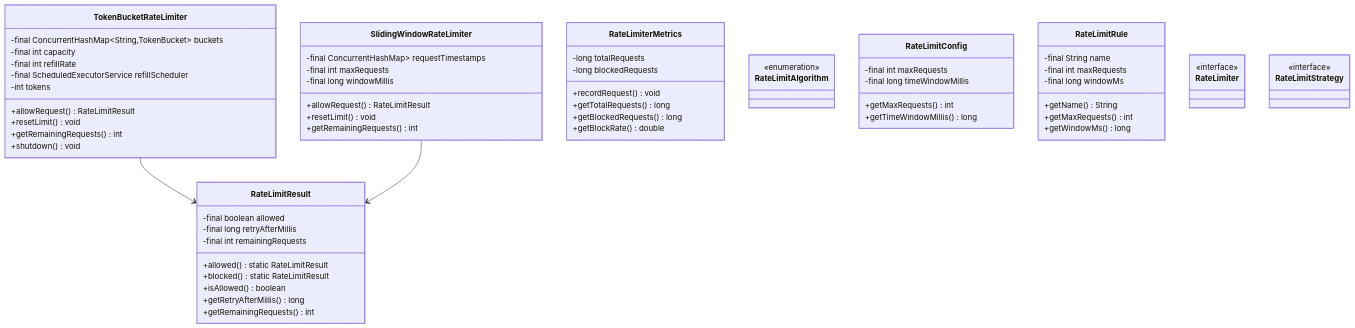
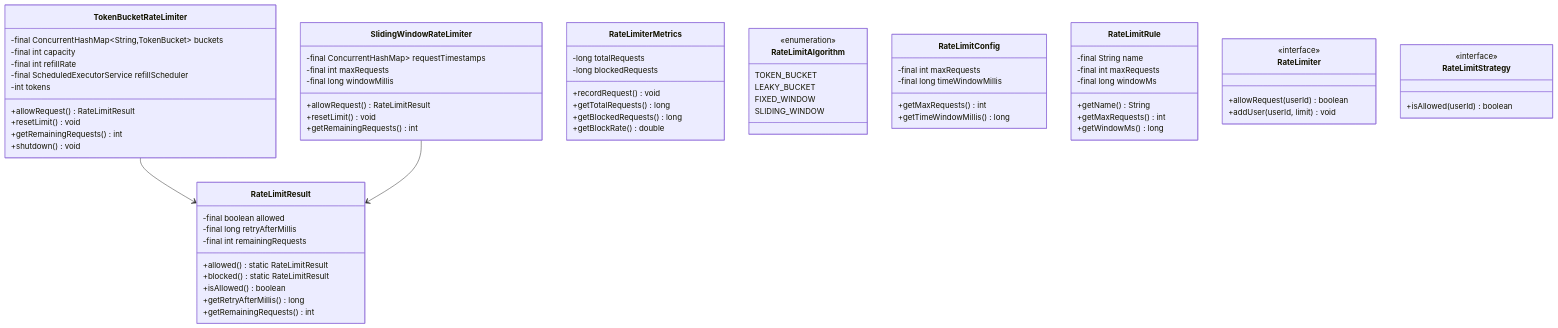
The diagram in docs/problems/ratelimiter/README.md (dlkr18/lld-playbook), drawn with Mermaid before and after one commit. The commit also changed 95 other files, not shown here.

````diff
--- a/docs/problems/ratelimiter/README.md
+++ b/docs/problems/ratelimiter/README.md
@@ -92,72 +92,82 @@
 ```mermaid
 classDiagram
 
     class SlidingWindowRateLimiter {
         -final ConcurrentHashMap<String, Queue<Long>> requestTimestamps
         -final int maxRequests
         -final long windowMillis
         +allowRequest() RateLimitResult
         +resetLimit() void
         +getRemainingRequests() int
     }
 
     class TokenBucketRateLimiter {
         -final ConcurrentHashMap~String,TokenBucket~ buckets
         -final int capacity
         -final int refillRate
         -final ScheduledExecutorService refillScheduler
         -int tokens
         +allowRequest() RateLimitResult
         +resetLimit() void
         +getRemainingRequests() int
         +shutdown() void
     }
 
     class RateLimiterMetrics {
         -long totalRequests
         -long blockedRequests
         +recordRequest() void
         +getTotalRequests() long
         +getBlockedRequests() long
         +getBlockRate() double
     }
 
-    class RateLimitAlgorithm
-    <<enumeration>> RateLimitAlgorithm
+    class RateLimitAlgorithm {
+        <<enumeration>>
+        TOKEN_BUCKET
+        LEAKY_BUCKET
+        FIXED_WINDOW
+        SLIDING_WINDOW
+    }
 
     class RateLimitResult {
         -final boolean allowed
         -final long retryAfterMillis
         -final int remainingRequests
         +allowed() static RateLimitResult
         +blocked() static RateLimitResult
         +isAllowed() boolean
         +getRetryAfterMillis() long
         +getRemainingRequests() int
     }
 
     class RateLimitConfig {
         -final int maxRequests
         -final long timeWindowMillis
         +getMaxRequests() int
         +getTimeWindowMillis() long
     }
 
     class RateLimitRule {
         -final String name
         -final int maxRequests
         -final long windowMs
         +getName() String
         +getMaxRequests() int
         +getWindowMs() long
     }
 
-    class RateLimiter
-    <<interface>> RateLimiter
+    class RateLimiter {
+        <<interface>>
+        +allowRequest(userId) boolean
+        +addUser(userId, limit) void
+    }
 
-    class RateLimitStrategy
-    <<interface>> RateLimitStrategy
+    class RateLimitStrategy {
+        <<interface>>
+        +isAllowed(userId) boolean
+    }
 
     TokenBucketRateLimiter --> RateLimitResult
     SlidingWindowRateLimiter --> RateLimitResult
 ```
````
